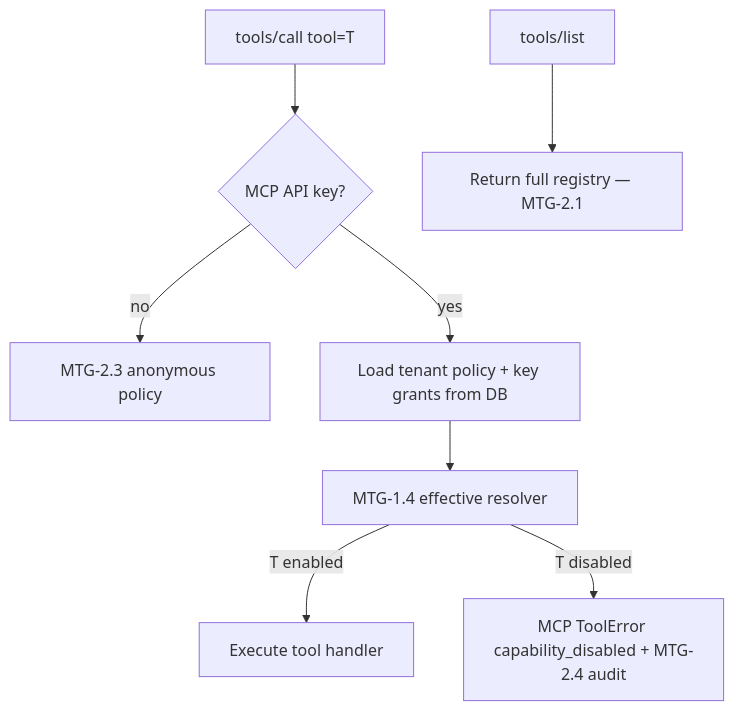
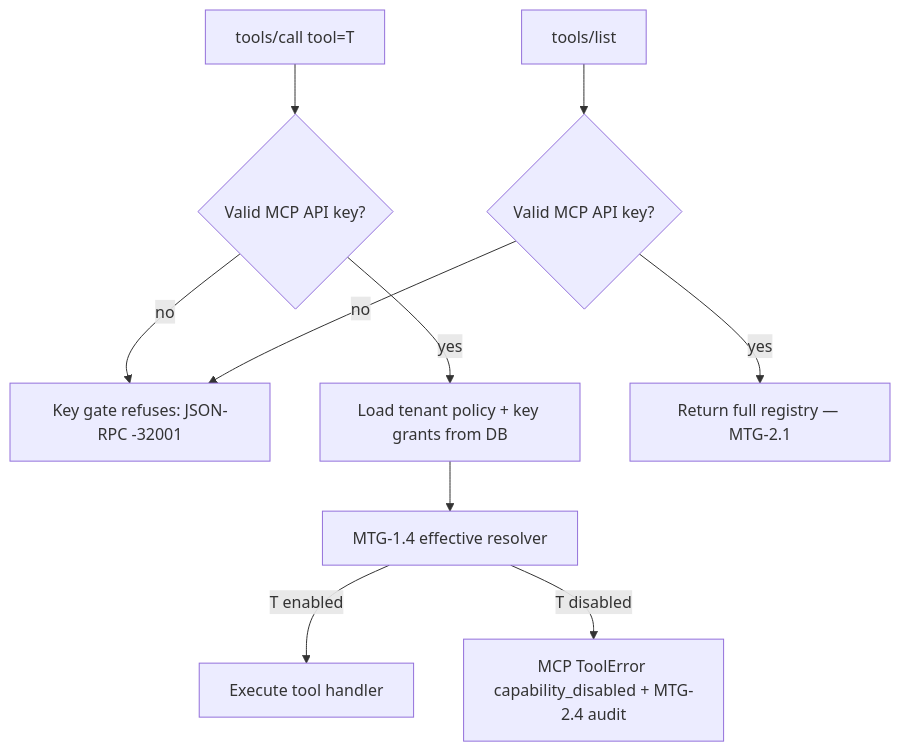
One commit to apiome/apiome changed the diagram in apiome-mcp/docs/EFFECTIVE_POLICY.md. Above: the diagram before and after it, drawn with Mermaid. The commit also changed other lines of this file and 67 other files, not shown here.

First line of the commit message:
MCP server: require an MCP API key on every request

````diff
--- a/apiome-mcp/docs/EFFECTIVE_POLICY.md
+++ b/apiome-mcp/docs/EFFECTIVE_POLICY.md
@@ -38,10 +38,12 @@
 ```mermaid
 flowchart TD
-  REQ[tools/call tool=T] --> AUTH{MCP API key?}
-  AUTH -->|no| ANON[MTG-2.3 anonymous policy]
+  REQ[tools/call tool=T] --> AUTH{Valid MCP API key?}
+  AUTH -->|no| REFUSE[Key gate refuses: JSON-RPC -32001]
   AUTH -->|yes| LOAD[Load tenant policy + key grants from DB]
   LOAD --> RES[MTG-1.4 effective resolver]
   RES -->|T enabled| RUN[Execute tool handler]
   RES -->|T disabled| DENY[MCP ToolError capability_disabled + MTG-2.4 audit]
-  LIST[tools/list] --> FULL[Return full registry — MTG-2.1]
+  LIST[tools/list] --> LAUTH{Valid MCP API key?}
+  LAUTH -->|no| REFUSE
+  LAUTH -->|yes| FULL[Return full registry — MTG-2.1]
 ```
````
